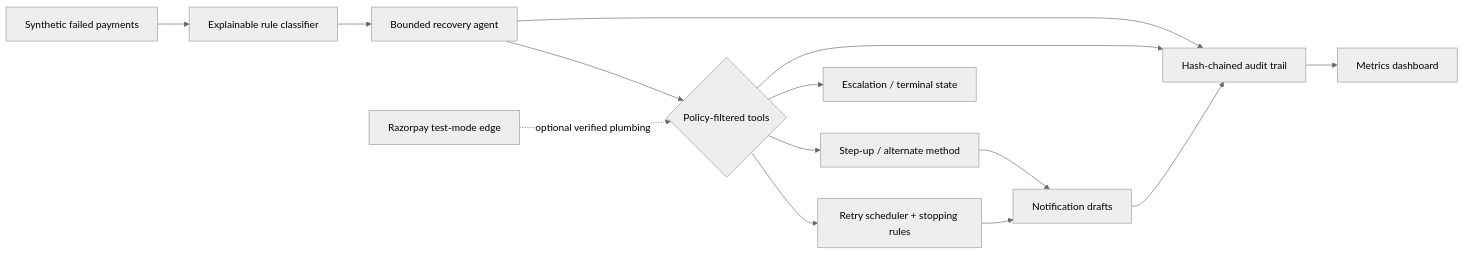
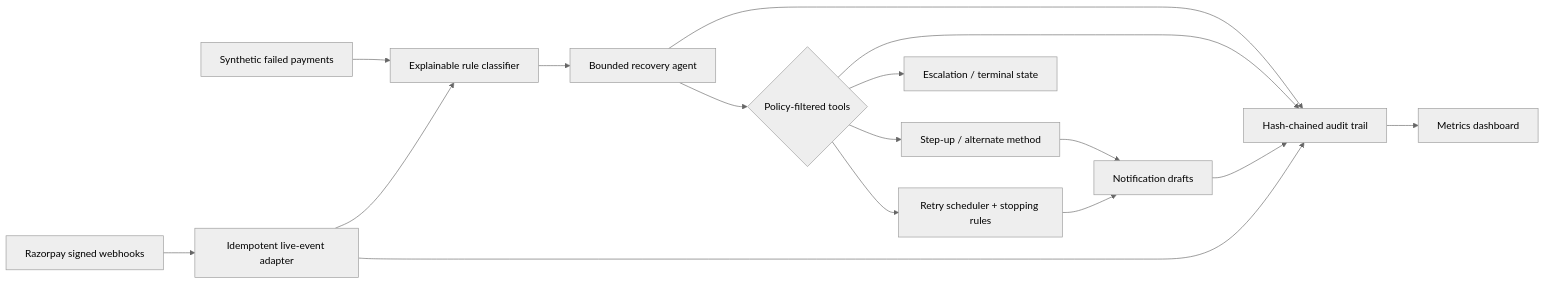
One commit to Nandinipatil1410/mandate-step-up-recovery-agent changed the diagram in README.md. Above: the diagram before and after it, drawn with Mermaid (neutral theme). The commit also changed other lines of this file and 15 other files, not shown here.

Commit message:
feat: process live Razorpay recovery events

````diff
--- a/README.md
+++ b/README.md
@@ -55,16 +58,18 @@
 ```mermaid
 flowchart LR
     A[Synthetic failed payments] --> B[Explainable rule classifier]
     B --> C[Bounded recovery agent]
     C --> D{Policy-filtered tools}
     D --> E[Step-up / alternate method]
     D --> F[Retry scheduler + stopping rules]
     D --> G[Escalation / terminal state]
     E --> H[Notification drafts]
     F --> H
     C --> I[Hash-chained audit trail]
     D --> I
     H --> I
     I --> J[Metrics dashboard]
-    K[Razorpay test-mode edge] -. optional verified plumbing .-> D
+    K[Razorpay signed webhooks] --> L[Idempotent live-event adapter]
+    L --> B
+    L --> I
 ```
````
